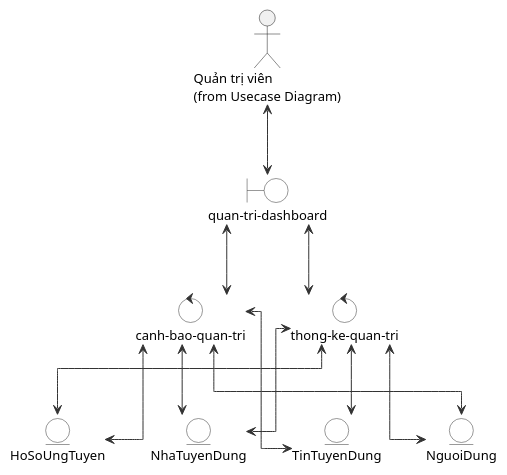
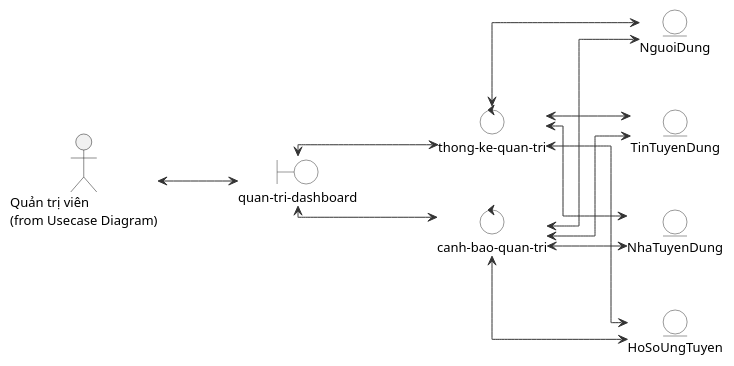
The diagram in docs/so-do/04-robustness/25-robustness-xem-thong-ke-he-thong.puml (hole-six/DoAn), drawn with PlantUML before and after one commit. The commit also changed 24 other files, not shown here.

```diff
--- a/docs/so-do/04-robustness/25-robustness-xem-thong-ke-he-thong.puml
+++ b/docs/so-do/04-robustness/25-robustness-xem-thong-ke-he-thong.puml
@@ -1,65 +1,58 @@
 @startuml
 skinparam defaultFontName "Segoe UI"
 skinparam defaultFontSize 13
 skinparam shadowing false
 skinparam linetype ortho
-skinparam nodesep 45
-skinparam ranksep 70
-top to bottom direction
+skinparam nodesep 50
+skinparam ranksep 80
+left to right direction
 skinparam actorStyle stick
 skinparam roundcorner 8
 skinparam ArrowColor #333333
 skinparam rectangleBorderColor #333333
 skinparam boundary {
   BackgroundColor White
   BorderColor #333333
 }
 skinparam control {
   BackgroundColor White
   BorderColor #333333
 }
 skinparam entity {
   BackgroundColor White
   BorderColor #333333
 }
 
 actor "Quản trị viên\n(from Usecase Diagram)" as Actor
 
-' ── Lớp boundary (màn hình) ──
 together {
   boundary "quan-tri-dashboard" as UI
 }
 
-' ── Lớp control (xử lý) ──
 together {
-  control "thong-ke-quan-tri" as Controller
-  control "canh-bao-quan-tri" as AlertController
+  control "thong-ke-quan-tri" as StatsCtrl
+  control "canh-bao-quan-tri" as AlertCtrl
 }
 
-' ── Lớp entity (dữ liệu) ──
 together {
   entity "NguoiDung" as NguoiDung
   entity "TinTuyenDung" as TinTuyenDung
   entity "NhaTuyenDung" as NhaTuyenDung
   entity "HoSoUngTuyen" as HoSoUngTuyen
 }
 
-' ── Quan hệ actor ↔ boundary ──
 Actor <--> UI
 
-' ── boundary ↔ control ──
-UI <--> Controller
-UI <--> AlertController
+UI <--> StatsCtrl
+UI <--> AlertCtrl
 
-' ── control thống kê đọc 4 danh sách ──
-Controller <--> NguoiDung
-Controller <--> TinTuyenDung
-Controller <--> NhaTuyenDung
-Controller <--> HoSoUngTuyen
+StatsCtrl <--> NguoiDung
+StatsCtrl <--> TinTuyenDung
+StatsCtrl <--> NhaTuyenDung
+StatsCtrl <--> HoSoUngTuyen
 
-' ── control cảnh báo đếm 4 nguồn ──
-AlertController <--> TinTuyenDung
-AlertController <--> NhaTuyenDung
-AlertController <--> HoSoUngTuyen
-AlertController <--> NguoiDung
+AlertCtrl <--> TinTuyenDung
+AlertCtrl <--> NhaTuyenDung
+AlertCtrl <--> HoSoUngTuyen
+AlertCtrl <--> NguoiDung
 @enduml
```
